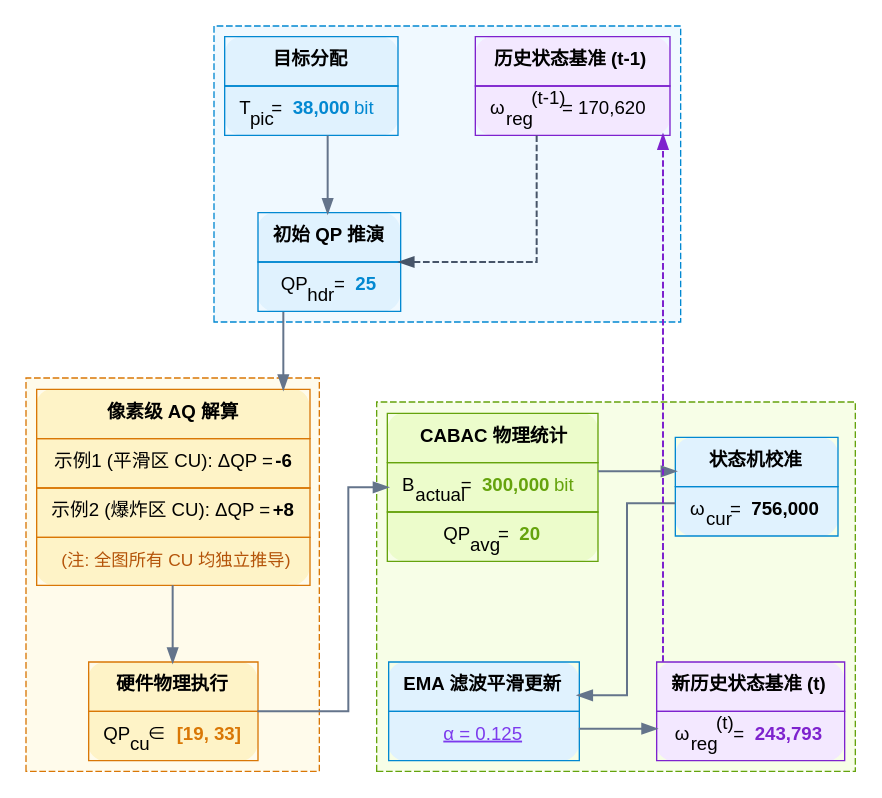
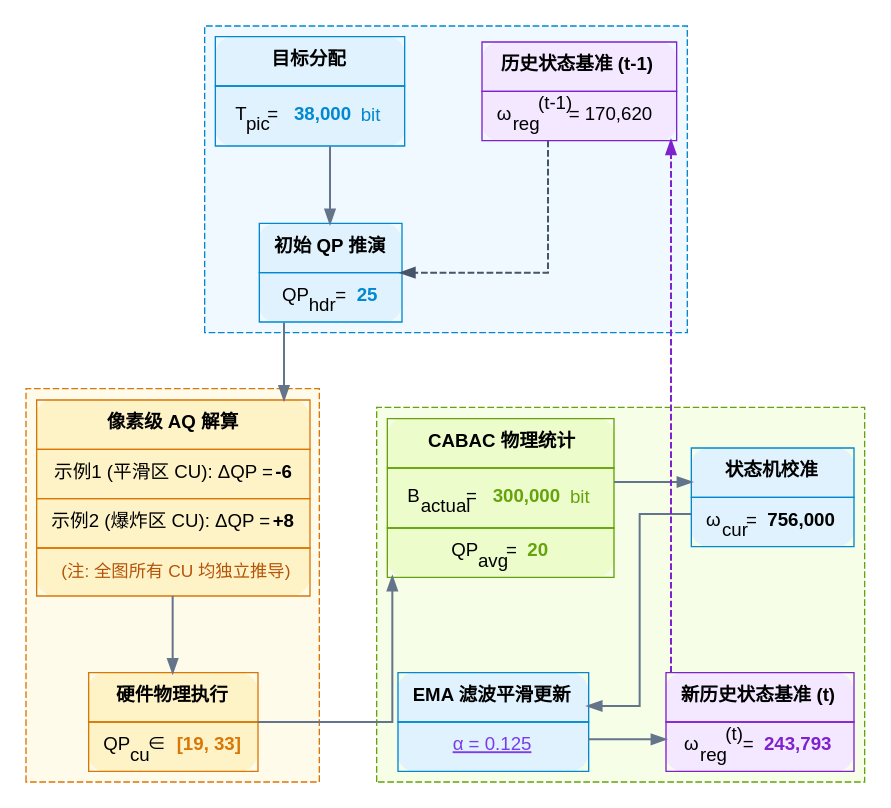
Before and after one commit to edgerzou-stack/rdo-architecture: the diagram in graph.dot, drawn with Graphviz. The commit also changed 2 other files, not shown here.

Commit message:
fix(ui): use nested table to completely isolate font bounding boxes in graphviz preventing text overlap

```diff
--- a/graph.dot
+++ b/graph.dot
@@ -1,104 +1,116 @@
 digraph G {
     fontname="sans-serif";
     node [fontname="sans-serif", shape=none, margin=0];
     edge [fontname="sans-serif", color="#64748b", penwidth=1.5];
     rankdir=TB;
     splines=ortho;
     nodesep=0.8;
     ranksep=0.8;
 
     subgraph cluster_sw {
         style=dashed; color="#0288d1"; bgcolor="#f0f9ff";
 
         State1 [URL="#section-6", target="_parent", label=<
             <TABLE BORDER="0" CELLBORDER="1" CELLSPACING="0" CELLPADDING="10" COLOR="#7e22ce" BGCOLOR="#f3e8ff" STYLE="ROUNDED">
                 <TR><TD><B>历史状态基准 (t-1)</B></TD></TR>
                 <TR><TD>ω<SUB>reg</SUB><SUP>(t-1)</SUP> = 170,620</TD></TR>
             </TABLE>
         >];
         
         S1 [URL="#section-2", target="_parent", label=<
             <TABLE BORDER="0" CELLBORDER="1" CELLSPACING="0" CELLPADDING="10" COLOR="#0288d1" BGCOLOR="#e0f2fe" STYLE="ROUNDED">
                 <TR><TD><B>目标分配</B></TD></TR>
-                <TR><TD>T<SUB>pic</SUB> = <FONT COLOR="#0288d1"><B>38,000</B> bit</FONT></TD></TR>
+                <TR><TD>
+                    <TABLE BORDER="0" CELLPADDING="0" CELLSPACING="4"><TR>
+                        <TD>T<SUB>pic</SUB> = </TD>
+                        <TD><FONT COLOR="#0288d1"><B>38,000</B></FONT></TD>
+                        <TD><FONT COLOR="#0288d1">bit</FONT></TD>
+                    </TR></TABLE>
+                </TD></TR>
             </TABLE>
         >];
         
         S2 [URL="#section-5", target="_parent", label=<
             <TABLE BORDER="0" CELLBORDER="1" CELLSPACING="0" CELLPADDING="10" COLOR="#0288d1" BGCOLOR="#e0f2fe" STYLE="ROUNDED">
                 <TR><TD><B>初始 QP 推演</B></TD></TR>
                 <TR><TD>QP<SUB>hdr</SUB> = <FONT COLOR="#0288d1"><B>25</B></FONT></TD></TR>
             </TABLE>
         >];
 
         { rank=same; State1; S1; }
         S1 -> S2;
         State1 -> S2 [style=dashed, color="#475569"];
     }
 
     subgraph cluster_hw {
         style=dashed; color="#d97706"; bgcolor="#fffbeb";
 
         S3 [URL="#section-7", target="_parent", label=<
             <TABLE BORDER="0" CELLBORDER="1" CELLSPACING="0" CELLPADDING="10" COLOR="#d97706" BGCOLOR="#fef3c7" STYLE="ROUNDED">
                 <TR><TD><B>像素级 AQ 解算</B></TD></TR>
                 <TR><TD>示例1 (平滑区 CU): ΔQP = <B>-6</B></TD></TR>
                 <TR><TD>示例2 (爆炸区 CU): ΔQP = <B>+8</B></TD></TR>
                 <TR><TD><FONT COLOR="#b45309" POINT-SIZE="13">(注: 全图所有 CU 均独立推导)</FONT></TD></TR>
             </TABLE>
         >];
         
         S4 [URL="#section-hw-rdo", target="_parent", label=<
             <TABLE BORDER="0" CELLBORDER="1" CELLSPACING="0" CELLPADDING="10" COLOR="#d97706" BGCOLOR="#fef3c7" STYLE="ROUNDED">
                 <TR><TD><B>硬件物理执行</B></TD></TR>
                 <TR><TD>QP<SUB>cu</SUB> ∈ <FONT COLOR="#d97706"><B>[19, 33]</B></FONT></TD></TR>
             </TABLE>
         >];
 
         S3 -> S4;
     }
 
     subgraph cluster_fb {
         style=dashed; color="#65a30d"; bgcolor="#f7fee7";
 
         OutCABAC [URL="#section-hw-rdo", target="_parent", label=<
             <TABLE BORDER="0" CELLBORDER="1" CELLSPACING="0" CELLPADDING="10" COLOR="#65a30d" BGCOLOR="#ecfccb" STYLE="ROUNDED">
                 <TR><TD><B>CABAC 物理统计</B></TD></TR>
-                <TR><TD>B<SUB>actual</SUB> = <FONT COLOR="#65a30d"><B>300,000</B> bit</FONT></TD></TR>
+                <TR><TD>
+                    <TABLE BORDER="0" CELLPADDING="0" CELLSPACING="4"><TR>
+                        <TD>B<SUB>actual</SUB> = </TD>
+                        <TD><FONT COLOR="#65a30d"><B>300,000</B></FONT></TD>
+                        <TD><FONT COLOR="#65a30d">bit</FONT></TD>
+                    </TR></TABLE>
+                </TD></TR>
                 <TR><TD>QP<SUB>avg</SUB> = <FONT COLOR="#65a30d"><B>20</B></FONT></TD></TR>
             </TABLE>
         >];
         
         S5 [URL="#section-9", target="_parent", label=<
             <TABLE BORDER="0" CELLBORDER="1" CELLSPACING="0" CELLPADDING="10" COLOR="#0288d1" BGCOLOR="#e0f2fe" STYLE="ROUNDED">
                 <TR><TD><B>状态机校准</B></TD></TR>
                 <TR><TD>ω<SUB>cur</SUB> = <B>756,000</B></TD></TR>
             </TABLE>
         >];
         
         EMA [URL="#param-alpha", target="_parent", label=<
             <TABLE BORDER="0" CELLBORDER="1" CELLSPACING="0" CELLPADDING="10" COLOR="#0288d1" BGCOLOR="#e0f2fe" STYLE="ROUNDED">
                 <TR><TD><B>EMA 滤波平滑更新</B></TD></TR>
                 <TR><TD><FONT COLOR="#7c3aed"><U>α = 0.125</U></FONT></TD></TR>
             </TABLE>
         >];
         
         State2 [URL="#section-10", target="_parent", label=<
             <TABLE BORDER="0" CELLBORDER="1" CELLSPACING="0" CELLPADDING="10" COLOR="#7e22ce" BGCOLOR="#f3e8ff" STYLE="ROUNDED">
                 <TR><TD><B>新历史状态基准 (t)</B></TD></TR>
                 <TR><TD>ω<SUB>reg</SUB><SUP>(t)</SUP> = <FONT COLOR="#7e22ce"><B>243,793</B></FONT></TD></TR>
             </TABLE>
         >];
 
         { rank=same; OutCABAC; S5; }
         { rank=same; EMA; State2; }
         OutCABAC -> S5;
         S5 -> EMA;
         EMA -> State2;
     }
 
     S2 -> S3;
     S2 -> OutCABAC [style=invis];
     S4 -> OutCABAC [constraint=false];
     State2 -> State1 [style=dashed, color="#7e22ce", constraint=false];
 }
```
